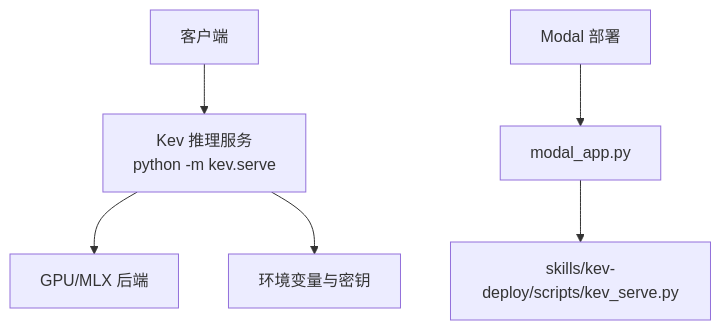
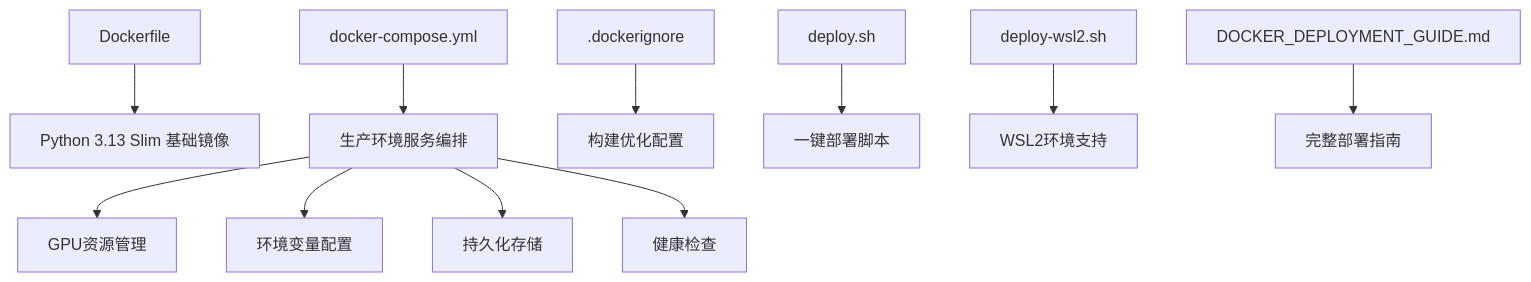
The first of 10 diagrams in .qoder/repowiki/zh/content/部署指南/容器化部署/容器化部署.md (joezxh/kev), drawn with Mermaid before and after one commit. The commit also changed other lines of this file and 100 other files, not shown here.

````diff
--- a/.qoder/repowiki/zh/content/部署指南/容器化部署/容器化部署.md
+++ b/.qoder/repowiki/zh/content/部署指南/容器化部署/容器化部署.md
@@ -49,8 +71,13 @@
 ```mermaid
 graph TB
-A["客户端"] --> B["Kev 推理服务<br/>python -m kev.serve"]
-B --> C["GPU/MLX 后端"]
-B --> D["环境变量与密钥"]
-E["Modal 部署"] --> F["modal_app.py"]
-F --> G["skills/kev-deploy/scripts/kev_serve.py"]
+A["Dockerfile"] --> B["Python 3.13 Slim 基础镜像"]
+C["docker-compose.yml"] --> D["生产环境服务编排"]
+E[".dockerignore"] --> F["构建优化配置"]
+G["deploy.sh"] --> H["一键部署脚本"]
+I["deploy-wsl2.sh"] --> J["WSL2环境支持"]
+K["DOCKER_DEPLOYMENT_GUIDE.md"] --> L["完整部署指南"]
+D --> M["GPU资源管理"]
+D --> N["环境变量配置"]
+D --> O["持久化存储"]
+D --> P["健康检查"]
 ```
````
